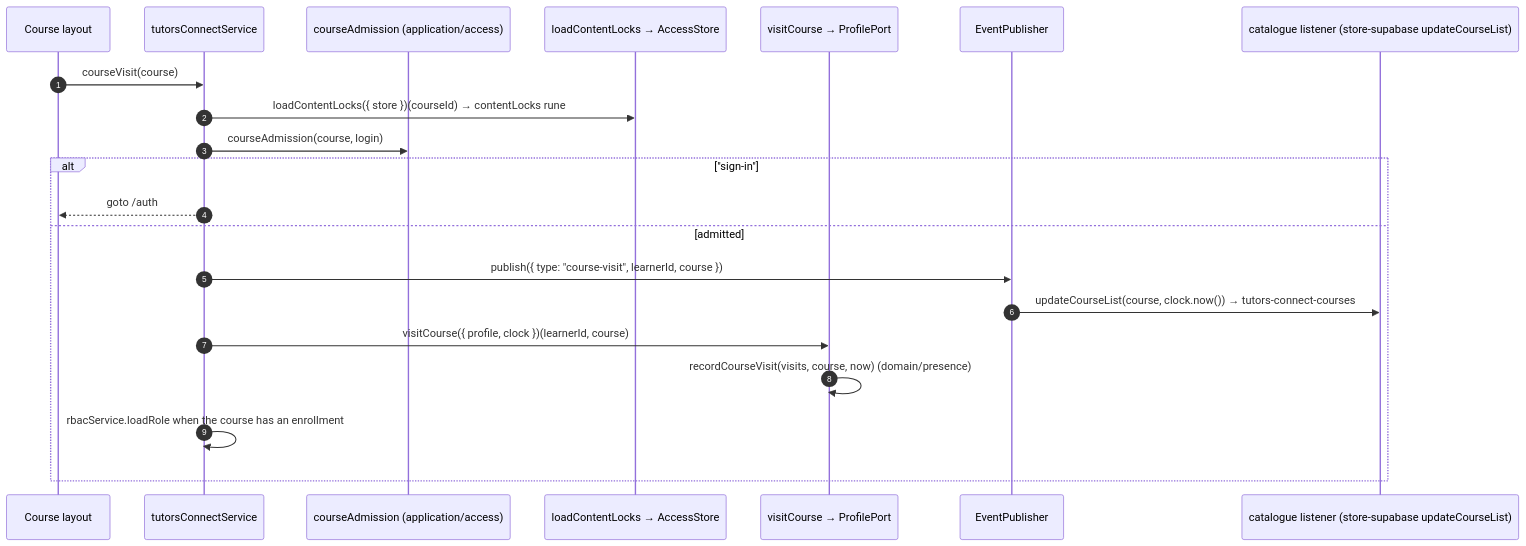
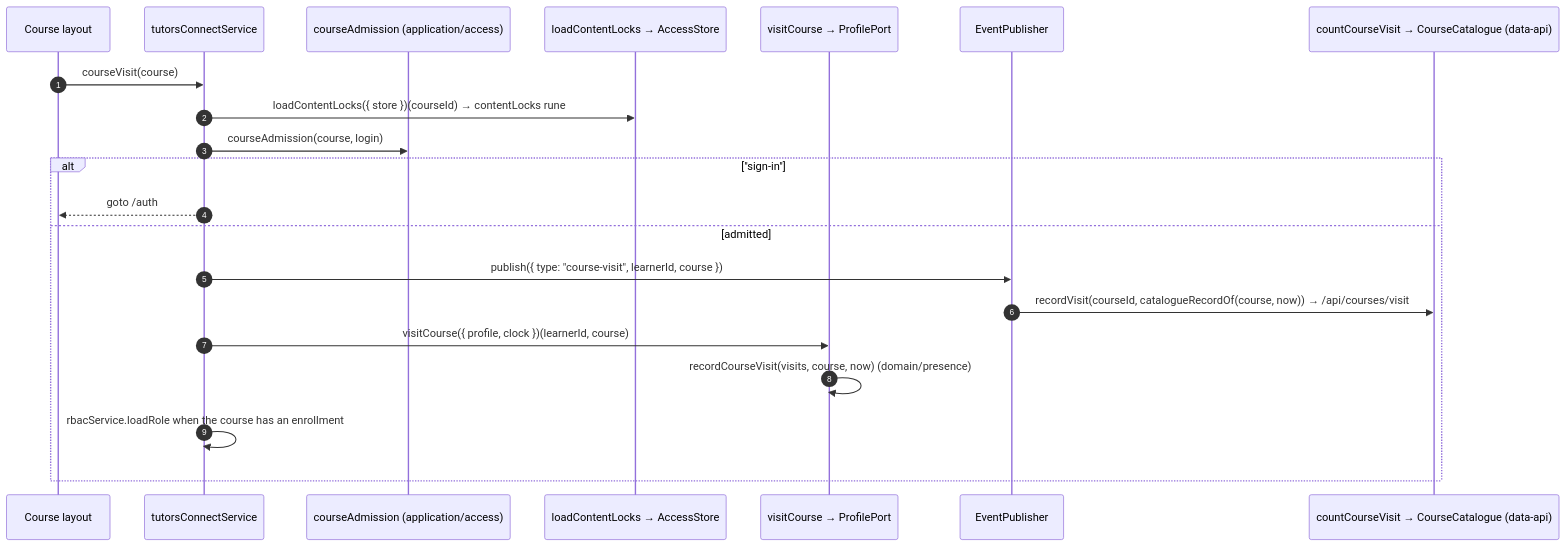
Diagram 12 of 15 in ARCHITECTURE.md (tutors-sdk/tutors-mono-repo), drawn with Mermaid before and after one commit. The commit also changed other lines of this file and 25 other files, not shown here.

````diff
--- a/ARCHITECTURE.md
+++ b/ARCHITECTURE.md
@@ -503,23 +589,23 @@
 ```mermaid
 sequenceDiagram
   autonumber
   participant Layout as Course layout
   participant TC as tutorsConnectService
   participant Adm as courseAdmission (application/access)
   participant Locks as loadContentLocks → AccessStore
   participant Visit as visitCourse → ProfilePort
   participant Bus as EventPublisher
-  participant Cat as catalogue listener (store-supabase updateCourseList)
+  participant Cat as countCourseVisit → CourseCatalogue (data-api)
   Layout->>TC: courseVisit(course)
   TC->>Locks: loadContentLocks({ store })(courseId) → contentLocks rune
   TC->>Adm: courseAdmission(course, login)
   alt "sign-in"
     TC-->>Layout: goto /auth
   else admitted
     TC->>Bus: publish({ type: "course-visit", learnerId, course })
-    Bus->>Cat: updateCourseList(course, clock.now()) → tutors-connect-courses
+    Bus->>Cat: recordVisit(courseId, catalogueRecordOf(course, now)) → /api/courses/visit
     TC->>Visit: visitCourse({ profile, clock })(learnerId, course)
     Visit->>Visit: recordCourseVisit(visits, course, now) (domain/presence)
     TC->>TC: rbacService.loadRole when the course has an enrollment
   end
 ```
````
